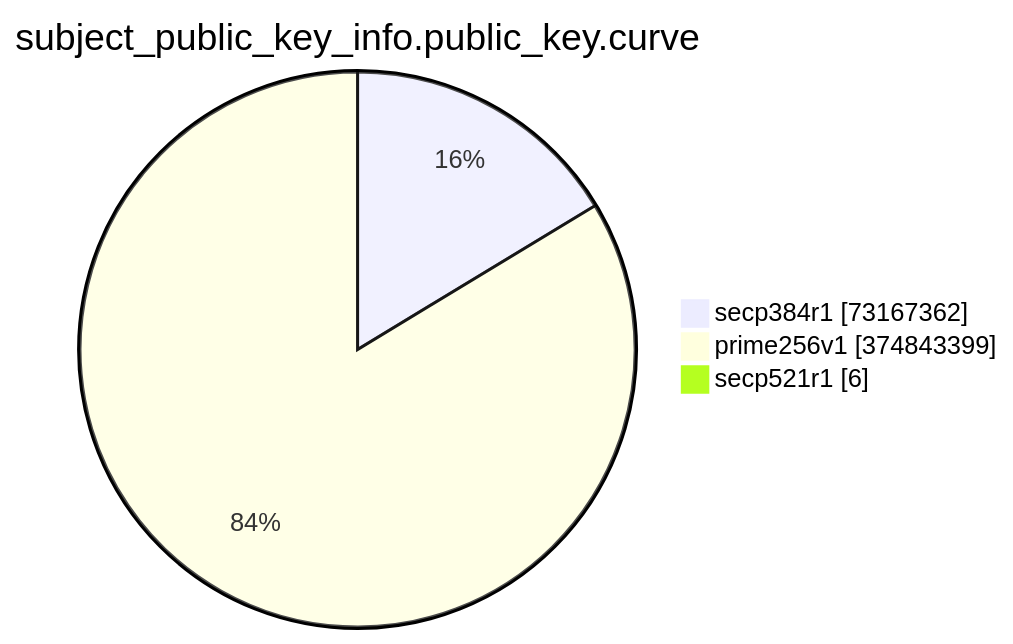
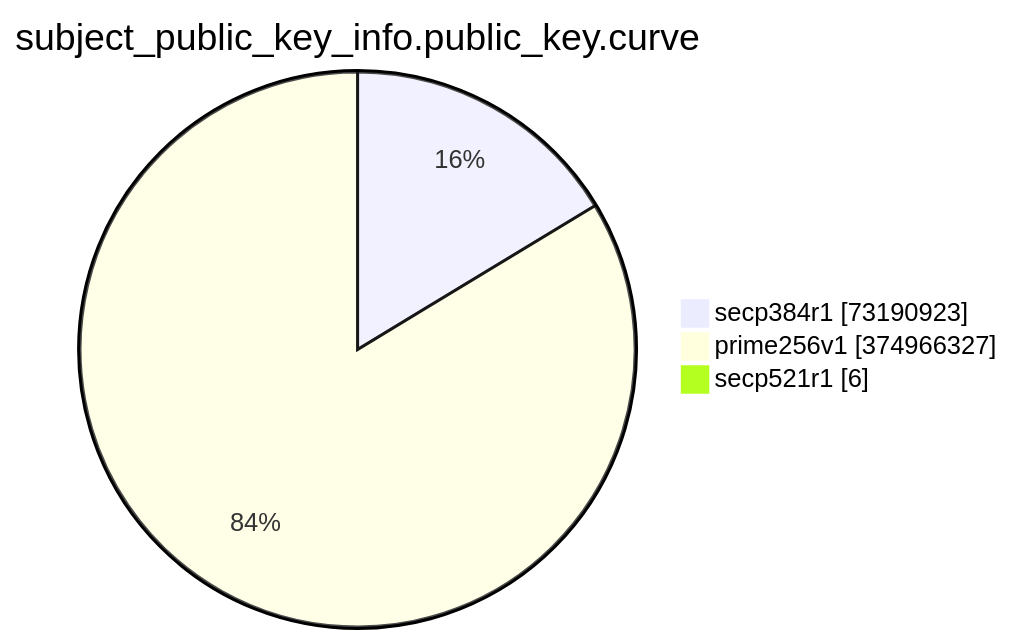
One commit to christiankrug/ctmonitor_visualization changed the eighth of 15 diagrams in TOTAL/README.md. Above: the diagram before and after it, drawn with Mermaid. The commit also changed other lines of this file, not shown here.

````diff
--- a/TOTAL/README.md
+++ b/TOTAL/README.md
@@ -3092,7 +3092,7 @@
 ```mermaid
 pie showData
 title subject_public_key_info.public_key.curve
-"secp384r1" :73167362
-"prime256v1" :374843399
+"secp384r1" :73190923
+"prime256v1" :374966327
 "secp521r1" :6
 ```
````
